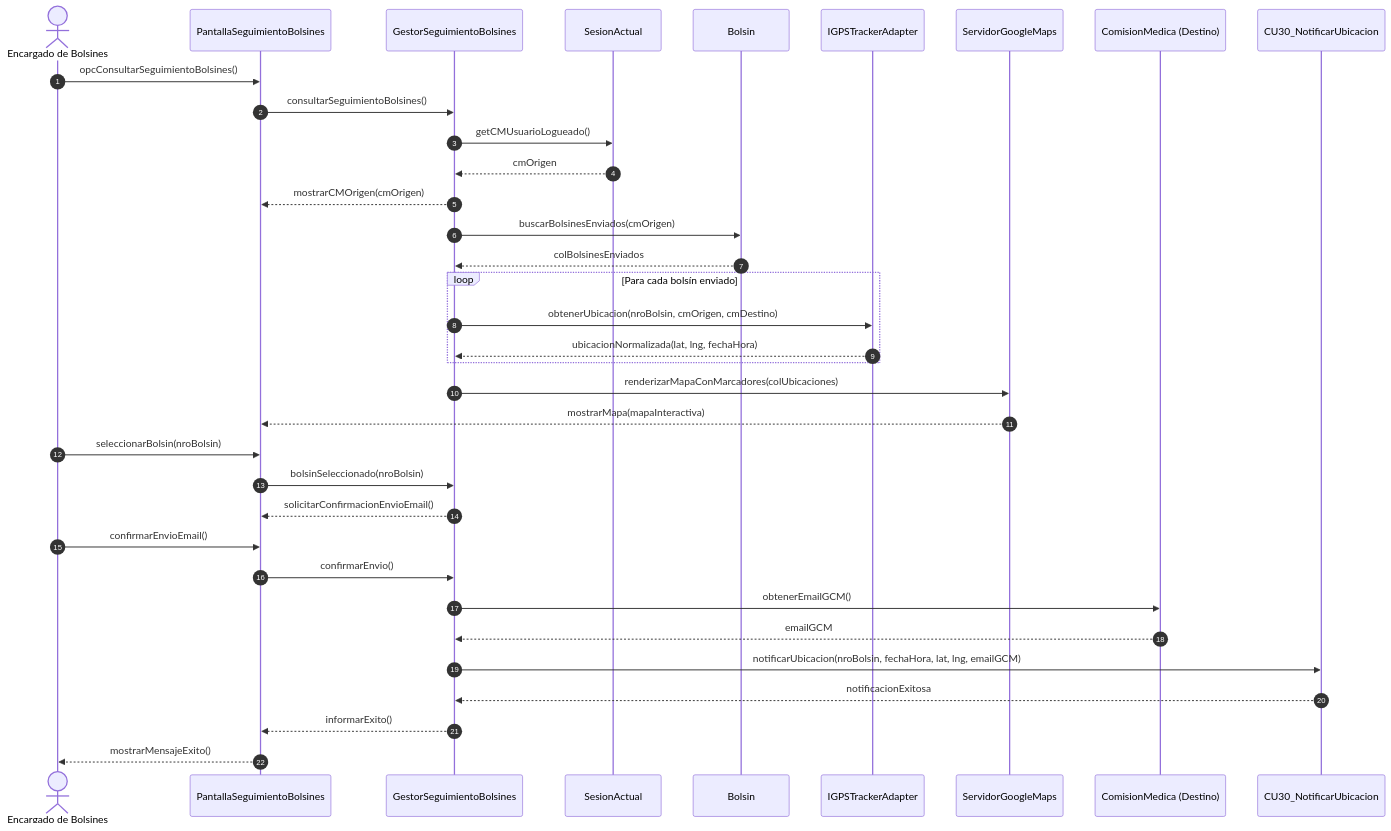
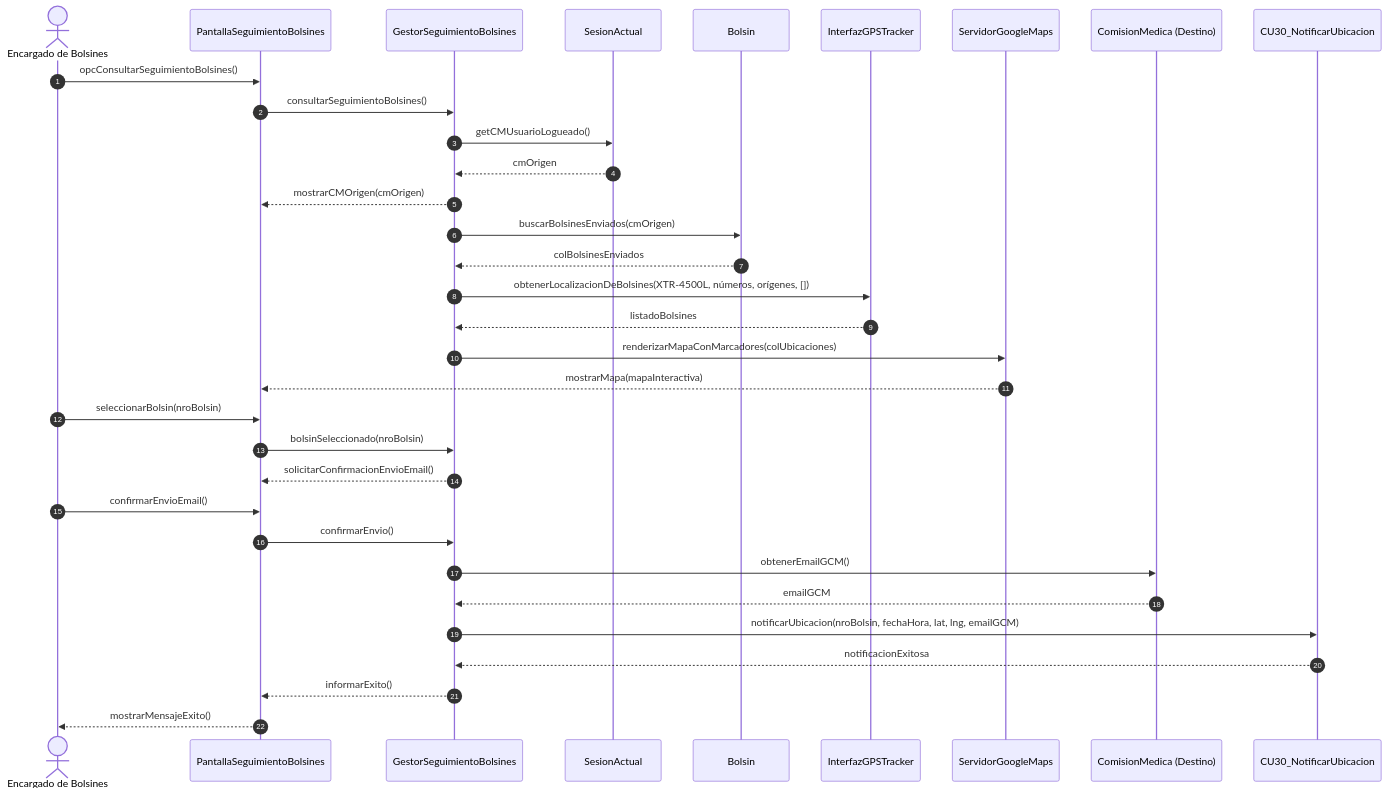
Before and after one commit to Taboada-Ignacio/TPAI-Bolsines: the first of 2 diagrams in docs/cerebro/nodos/PPAI-CU-36.md, drawn with Mermaid. The commit also changed other lines of this file and 21 other files, not shown here.

````diff
--- a/docs/cerebro/nodos/PPAI-CU-36.md
+++ b/docs/cerebro/nodos/PPAI-CU-36.md
@@ -60,43 +62,41 @@
 ```mermaid
 sequenceDiagram
     autonumber
     actor EB as Encargado de Bolsines
     participant Pantalla as PantallaSeguimientoBolsines
     participant Gestor as GestorSeguimientoBolsines
     participant Sesion as SesionActual
     participant Bolsin as Bolsin
-    participant Adapter as IGPSTrackerAdapter
+    participant Tracker as InterfazGPSTracker
     participant GoogleMaps as ServidorGoogleMaps
     participant GCM as ComisionMedica (Destino)
     participant CU30 as CU30_NotificarUbicacion
 
     EB ->> Pantalla: opcConsultarSeguimientoBolsines()
     Pantalla ->> Gestor: consultarSeguimientoBolsines()
     Gestor ->> Sesion: getCMUsuarioLogueado()
     Sesion -->> Gestor: cmOrigen
     Gestor -->> Pantalla: mostrarCMOrigen(cmOrigen)
 
     Gestor ->> Bolsin: buscarBolsinesEnviados(cmOrigen)
     Bolsin -->> Gestor: colBolsinesEnviados
 
-    loop Para cada bolsín enviado
-        Gestor ->> Adapter: obtenerUbicacion(nroBolsin, cmOrigen, cmDestino)
-        Adapter -->> Gestor: ubicacionNormalizada(lat, lng, fechaHora)
-    end
+    Gestor ->> Tracker: obtenerLocalizacionDeBolsines(XTR-4500L, números, orígenes, [])
+    Tracker -->> Gestor: listadoBolsines
 
     Gestor ->> GoogleMaps: renderizarMapaConMarcadores(colUbicaciones)
     GoogleMaps -->> Pantalla: mostrarMapa(mapaInteractiva)
 
     EB ->> Pantalla: seleccionarBolsin(nroBolsin)
     Pantalla ->> Gestor: bolsinSeleccionado(nroBolsin)
     Gestor -->> Pantalla: solicitarConfirmacionEnvioEmail()
 
     EB ->> Pantalla: confirmarEnvioEmail()
     Pantalla ->> Gestor: confirmarEnvio()
     Gestor ->> GCM: obtenerEmailGCM()
     GCM -->> Gestor: emailGCM
     Gestor ->> CU30: notificarUbicacion(nroBolsin, fechaHora, lat, lng, emailGCM)
     CU30 -->> Gestor: notificacionExitosa
     Gestor -->> Pantalla: informarExito()
     Pantalla -->> EB: mostrarMensajeExito()
 ```
````
